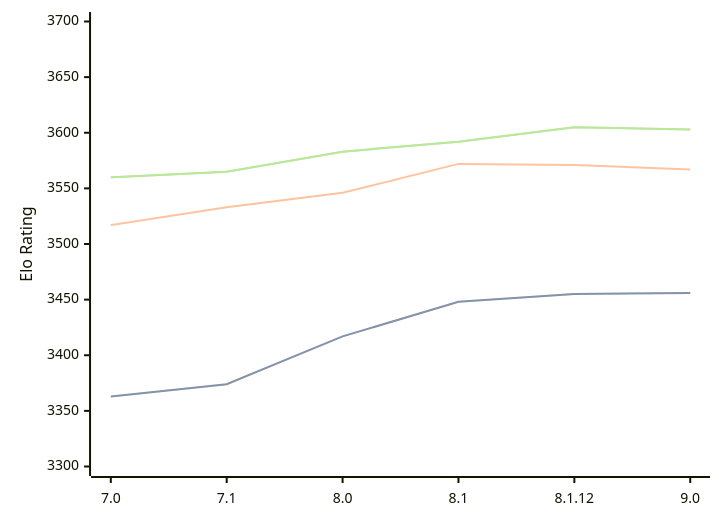
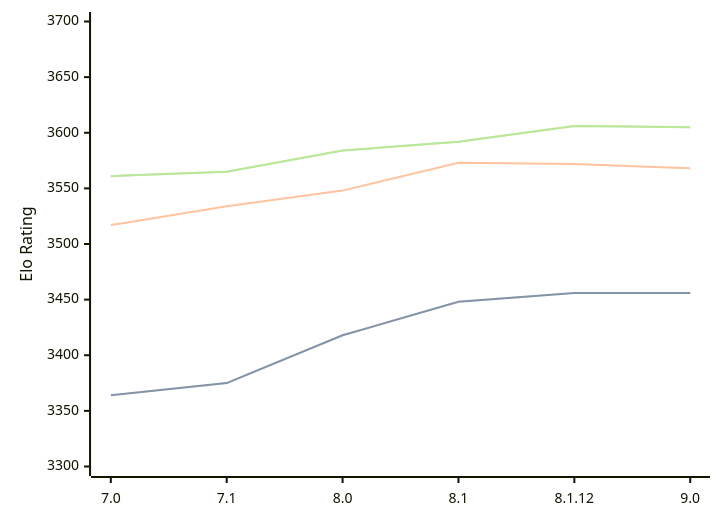
One commit to computer-chess-index/cci changed the diagram in engines/Alexandria.md. Above: the diagram before and after it, drawn with Mermaid. The commit also changed other lines of this file, not shown here.

Commit message:
Update CCI Ratings (ELO VLTC) - 2026-04-13

````diff
--- a/engines/Alexandria.md
+++ b/engines/Alexandria.md
@@ -55,11 +55,11 @@
 ```mermaid
 %%{init: {"theme":"base","themeVariables":{"seriesColors:['#a3a3a3','#222221','#faa371']}}}%%
 xychart-beta
   x-axis ["7.0", "7.1", "8.0", "8.1", "8.1.12", "9.0"]
   y-axis "Elo Rating" 3300 --> 3700
-  line "STC (8.0+0.08s)" [3363, 3374, 3417, 3448, 3455, 3456]
-  line "STC (8.0+0.08s)" [3363, 3374, 3417, 3448, 3455, 3456]
-  line "LTC (60.0+0.60s)" [3517, 3533, 3546, 3572, 3571, 3567]
-  line "VLTC (2m24s+1.12s)" [3560, 3565, 3583, 3592, 3605, 3603]
-  line "VLTC (2m24s+1.12s)" [3560, 3565, 3583, 3592, 3605, 3603]
+  line "STC (8.0+0.08s)" [3364, 3375, 3418, 3448, 3456, 3456]
+  line "STC (8.0+0.08s)" [3364, 3375, 3418, 3448, 3456, 3456]
+  line "LTC (60.0+0.60s)" [3517, 3534, 3548, 3573, 3572, 3568]
+  line "VLTC (2m24s+1.12s)" [3561, 3565, 3584, 3592, 3606, 3605]
+  line "VLTC (2m24s+1.12s)" [3561, 3565, 3584, 3592, 3606, 3605]
 ```
````
